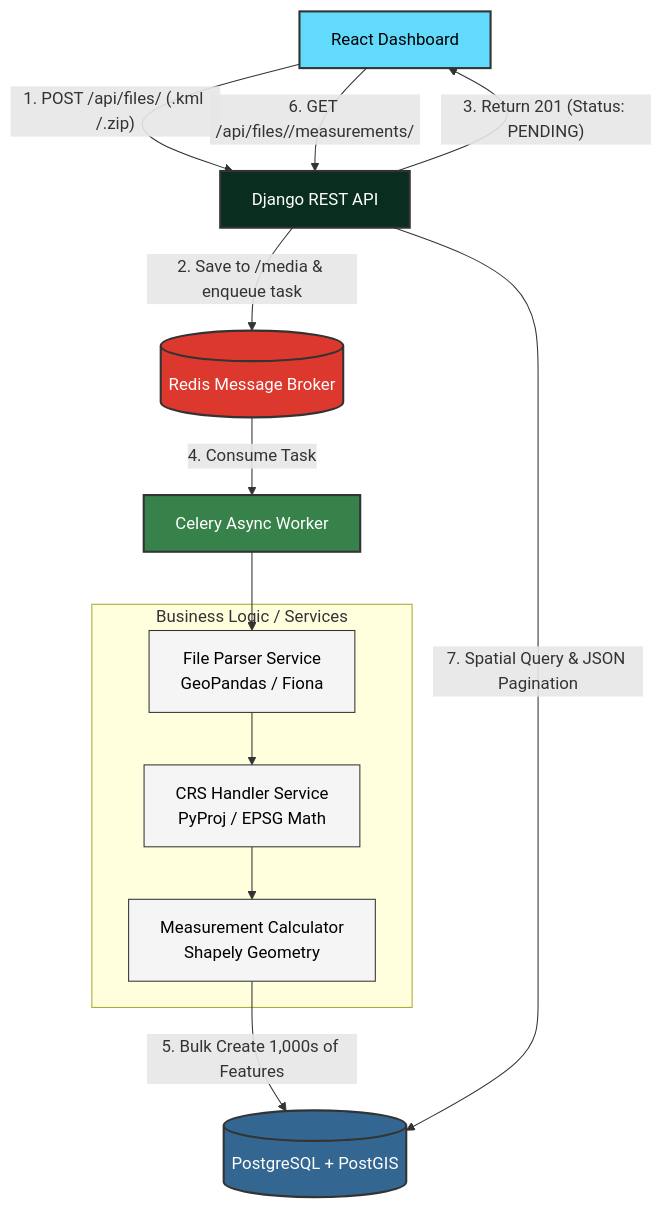
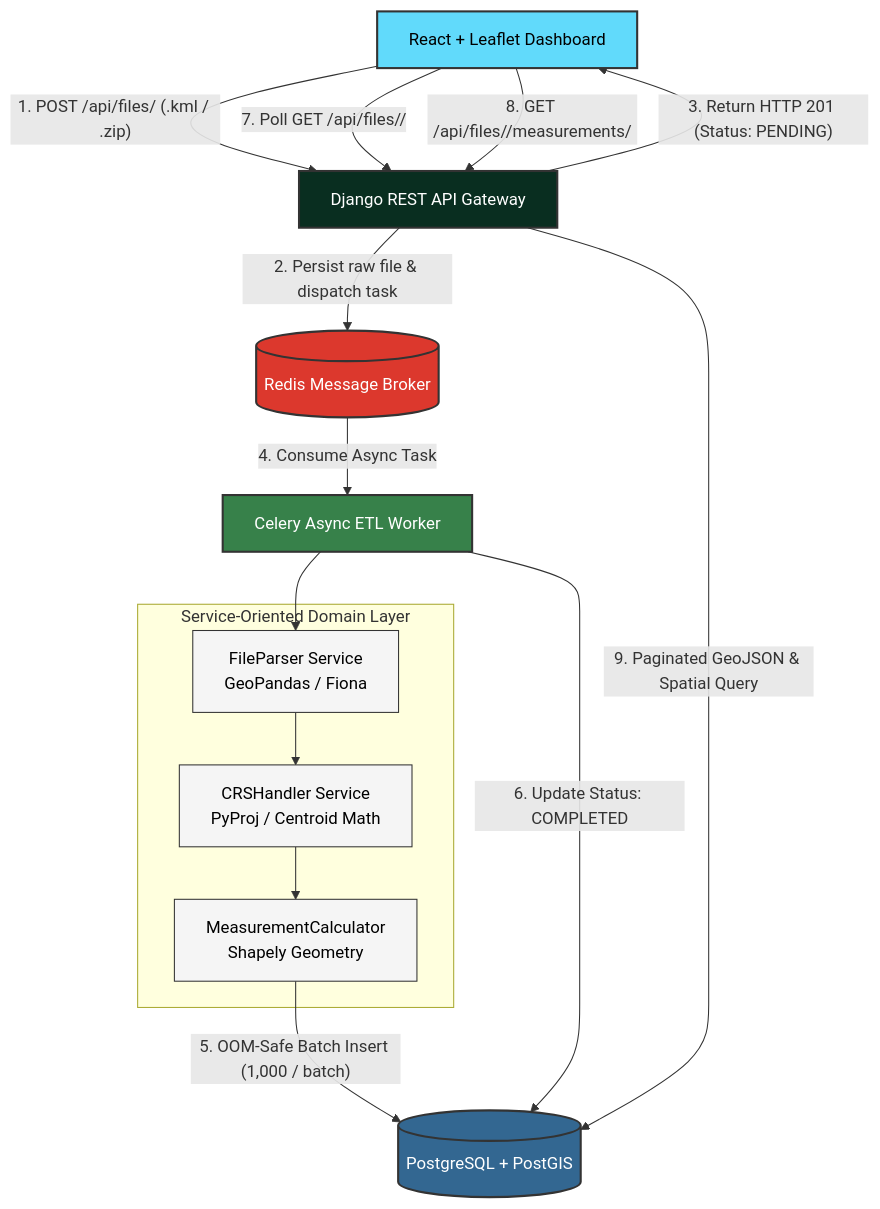
The diagram in README.md (PrashanthHosamani/GeoSpatial), drawn with Mermaid before and after one commit. The commit also changed other lines of this file and 1 other file, not shown here.

Commit message:
docs: update README with assignment requirements, architecture specs, and demo video

````diff
--- a/README.md
+++ b/README.md
@@ -16,39 +50,41 @@
 ```mermaid
 graph TD
     %% Define Styles
     classDef client fill:#61DAFB,stroke:#333,stroke-width:2px,color:#000
     classDef django fill:#092E20,stroke:#333,stroke-width:2px,color:#FFF
     classDef queue fill:#DC382D,stroke:#333,stroke-width:2px,color:#FFF
     classDef worker fill:#37814A,stroke:#333,stroke-width:2px,color:#FFF
     classDef db fill:#336791,stroke:#333,stroke-width:2px,color:#FFF
     classDef service fill:#F5F5F5,stroke:#333,stroke-width:1px,color:#000
 
     %% Nodes
-    Client[React Dashboard]:::client
-    API[Django REST API]:::django
+    Client[React + Leaflet Dashboard]:::client
+    API[Django REST API Gateway]:::django
     Redis[(Redis Message Broker)]:::queue
-    Celery[Celery Async Worker]:::worker
+    Celery[Celery Async ETL Worker]:::worker
     DB[(PostgreSQL + PostGIS)]:::db
 
-    subgraph Business Logic / Services
-        Parser[File Parser Service<br/>GeoPandas / Fiona]:::service
-        CRS[CRS Handler Service<br/>PyProj / EPSG Math]:::service
-        Calc[Measurement Calculator<br/>Shapely Geometry]:::service
+    subgraph Service-Oriented Domain Layer
+        Parser[FileParser Service<br/>GeoPandas / Fiona]:::service
+        CRS[CRSHandler Service<br/>PyProj / Centroid Math]:::service
+        Calc[MeasurementCalculator<br/>Shapely Geometry]:::service
     end
 
-    %% Connections
-    Client -- "1. POST /api/files/ (.kml /.zip)" --> API
-    API -- "2. Save to /media & enqueue task" --> Redis
-    API -- "3. Return 201 (Status: PENDING)" --> Client
+    %% Flow Connections
+    Client -- "1. POST /api/files/ (.kml / .zip)" --> API
+    API -- "2. Persist raw file & dispatch task" --> Redis
+    API -- "3. Return HTTP 201 (Status: PENDING)" --> Client
     
-    Redis -- "4. Consume Task" --> Celery
+    Redis -- "4. Consume Async Task" --> Celery
     
     Celery --> Parser
     Parser --> CRS
     CRS --> Calc
     
-    Calc -- "5. Bulk Create 1,000s of Features" --> DB
+    Calc -- "5. OOM-Safe Batch Insert (1,000 / batch)" --> DB
+    Celery -- "6. Update Status: COMPLETED" --> DB
     
-    Client -- "6. GET /api/files/<uuid>/measurements/" --> API
-    API -- "7. Spatial Query & JSON Pagination" --> DB
+    Client -- "7. Poll GET /api/files/<uuid>/" --> API
+    Client -- "8. GET /api/files/<uuid>/measurements/" --> API
+    API -- "9. Paginated GeoJSON & Spatial Query" --> DB
 ```
````
